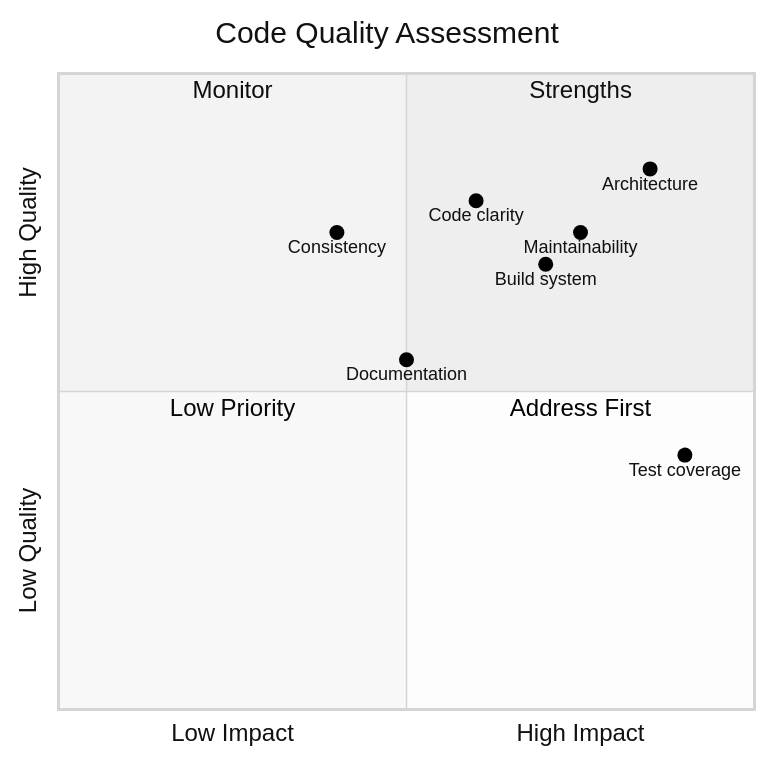
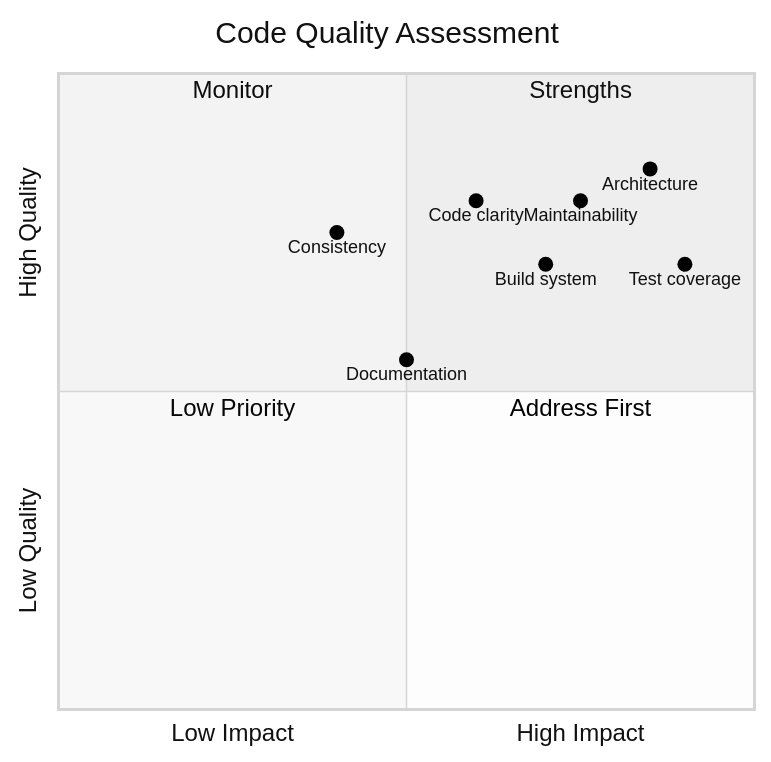
One commit to Corkscrews/opus_flutter changed the first of 2 diagrams in docs/code-quality.md. Above: the diagram before and after it, drawn with Mermaid (neutral theme). The commit also changed other lines of this file and 2 other files, not shown here.

````diff
--- a/docs/code-quality.md
+++ b/docs/code-quality.md
@@ -7,17 +7,17 @@
 ```mermaid
 quadrantChart
     title Code Quality Assessment
     x-axis Low Impact --> High Impact
     y-axis Low Quality --> High Quality
     quadrant-1 Strengths
     quadrant-2 Monitor
     quadrant-3 Low Priority
     quadrant-4 Address First
     Architecture: [0.85, 0.85]
     Code clarity: [0.6, 0.8]
     Documentation: [0.5, 0.55]
-    Test coverage: [0.9, 0.4]
+    Test coverage: [0.9, 0.7]
     Consistency: [0.4, 0.75]
-    Maintainability: [0.75, 0.75]
+    Maintainability: [0.75, 0.8]
     Build system: [0.7, 0.7]
 ```
````
